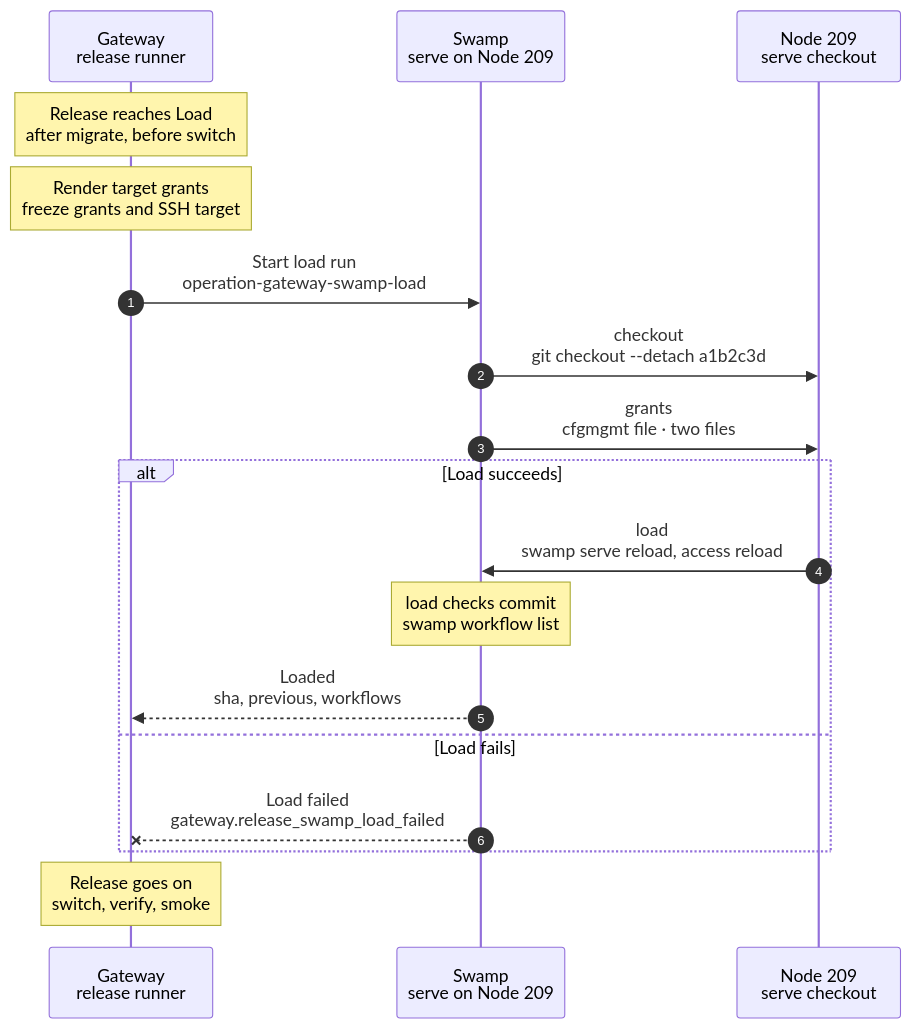
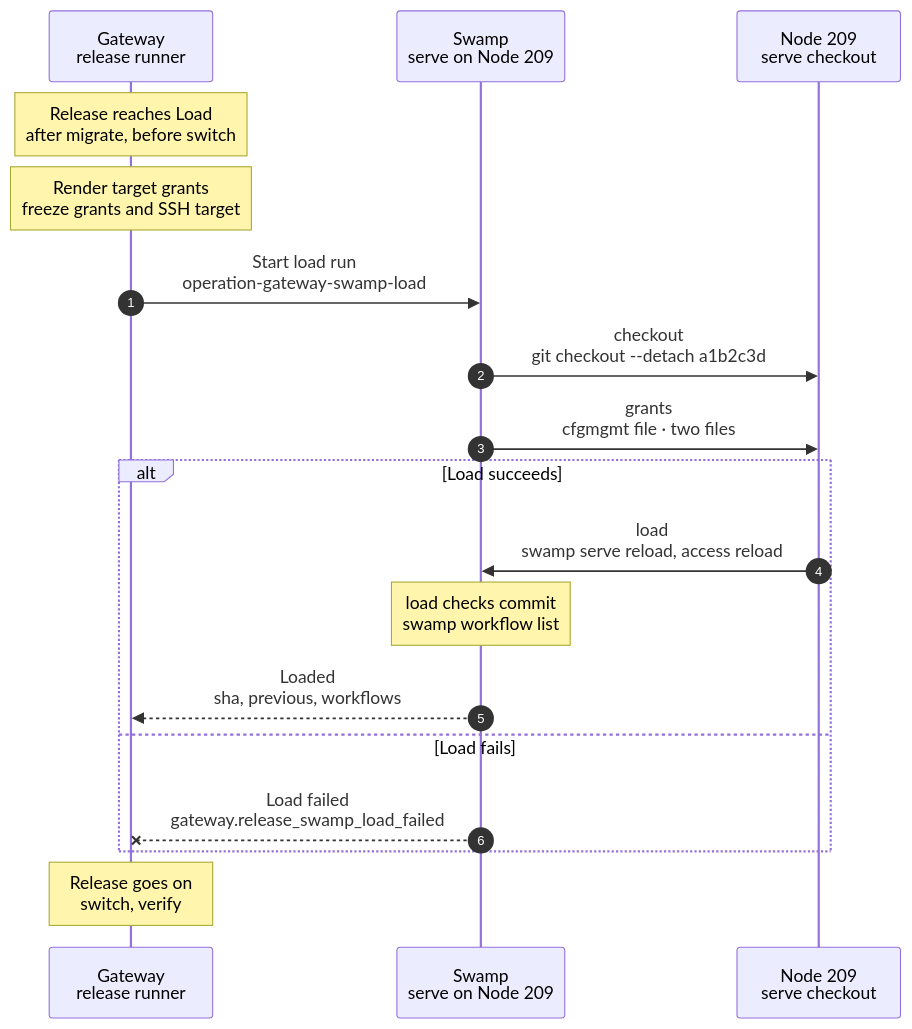
Before and after one commit to hardimpactdev/orbit: the diagram in docs/cli/gateway/swamp-load.mmd, drawn with Mermaid. The commit also changed 86 other files, not shown here.

First line of the commit message:
refactor(gateway): remove the release smoke (Nick, 2026-11-03) (#2504)

```diff
--- a/docs/cli/gateway/swamp-load.mmd
+++ b/docs/cli/gateway/swamp-load.mmd
@@ -1,71 +1,71 @@
 sequenceDiagram
   %% Target design: swamp-load-git-checkout (Nick 2026-11-01), release-waits-for-swamp, single-swamp-node. docs/reference/gateway-recovery.md#load-swamp.
   %% Tightened: flow-tighten 2026-11-02, Nick approved Gateway grant rendering; official file actions run after checkout and before reload.
   %% status: reviewed
   %% command: gateway:release:deploy · Load Swamp
   %% kind: gateway.swamp_load
   %% behavior name: gateway-swamp-checkout, gateway-swamp-load, release-<gateway|serve>-grants-209 (fixed)
   autonumber
   %% lane GW icon=gateway pill=intent tone=blue
   %% lane SW icon=workflow pill=executes tone=green
   %% lane N icon=server pill=target tone=amber
   participant GW as Gateway<br/>release runner
   participant SW as Swamp<br/>serve on Node 209
   participant N as Node 209<br/>serve checkout
   Note over GW: Release reaches Load<br/>after migrate, before switch
   %%> When:
   %%> - every Gateway release, automatic or `orbit gateway:release:deploy <sha>`
   %%> - after prepare and migrate, before the switch
   %%> - also for releases that change no Swamp file, so Gateway and Swamp always run the same commit
   %%> Not included:
   %%> - no CLI command of its own; the release runner is the only caller
   %%> - `gateway:release:rollback` skips this step, so a rollback works while Swamp is down
   Note over GW: Render target grants<br/>freeze grants and SSH target
   GW->>SW: Start load run<br/>operation-gateway-swamp-load
   %%> What it does:
   %%> - records task #5150 with the release commit
   %%> - starts one Swamp run on serve, placed on the `swamp` role
   %%> Inputs:
   %%> - the release commit, for example `a1b2c3d`, its rendered grants and the admitted SSH target
   %%> Retry:
   %%> - when serve is restarting, the start waits up to 10 minutes instead of pausing the release
   SW->>N: checkout<br/>git checkout --detach a1b2c3d
   %%> Requirements:
   %%> - the new commit descends from the current one (fast-forward only)
   %%> On the Node:
   %%> - fetches the commit into the serve checkout
   %%> - moves the checkout to it
   %%> Why:
   %%> - Swamp's default mode reads `swamp/` from a Git checkout; no custom loader
   SW->>N: grants<br/>cfgmgmt file · two files
   %%> What it does:
   %%> - writes the Gateway-rendered `orbit-gateway.yaml` and `orbit-serve.yaml` under `swamp/grants/`
   %%> - uses the admitted SSH target with owner `orbit`, group `orbit` and mode `0640`
   %%> - the two fixed file behaviors run in parallel; a failed write stops the load
   alt Load succeeds
     N->>SW: load<br/>swamp serve reload, access reload
     %%> What it does:
     %%> - `swamp serve reload`: serve picks up new and changed workflows and extensions
     %%> - extensions come with their manifest `additionalFiles`, so a newly shipped file needs no serve restart (Lab #4282, fixed in db3f6373)
     %%> - `swamp access reload`: serve creates, revokes or keeps grants to match the file
     %%> Why:
     %%> - a reload, not a restart: running work keeps going
     Note over SW: load checks commit<br/>swamp workflow list
     %%> What it does:
     %%> - compares the workflows serve runs with the workflows in the commit
     %%> - ignores the `schedule-<uuid>` workflows that Schedules publish
     SW-->>GW: Loaded<br/>sha, previous, workflows
     %%> Result:
     %%> - task #5150 succeeded
     %%> - returns the commit, the previous commit and the workflow count
   else Load fails
     SW--xGW: Load failed<br/>gateway.release_swamp_load_failed
     %%> Result:
     %%> - task #5150 failed
     %%> - the release pauses before the switch; the old Gateway release stays live
     %%> - the checkout may stay on the new commit; fix forward and resume the release
   end
-  Note over GW: Release goes on<br/>switch, verify, smoke
+  Note over GW: Release goes on<br/>switch, verify
   %%> Result:
   %%> - Gateway and Swamp now run the same commit
   %%> - the release switches to the new Gateway code
```
